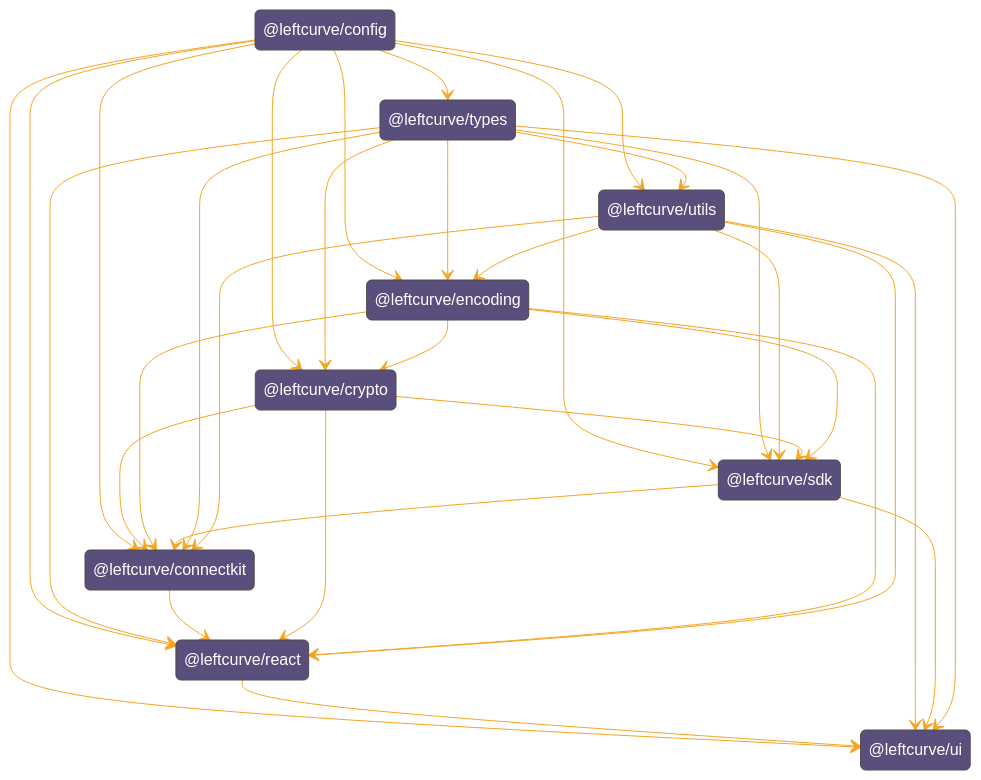
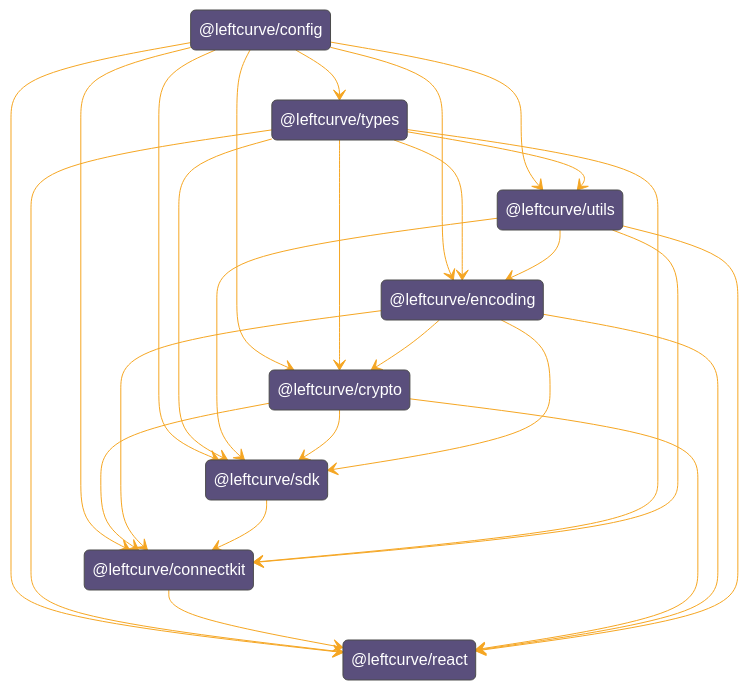
Before and after one commit to left-curve/left-curve: the diagram in grug/sdk/README.md, drawn with Mermaid. The commit also changed other lines of this file and 179 other files, not shown here.

````diff
--- a/grug/sdk/README.md
+++ b/grug/sdk/README.md
@@ -29,40 +22,35 @@
 ```mermaid
 %%{
   init: {
   'theme': 'base',
 	'themeVariables': {"primaryTextColor":"#fff","primaryColor":"#5a4f7c","lineColor":"#f5a623" }
   }
 }%%
 stateDiagram-v2
     @leftcurve/config --> @leftcurve/types
     @leftcurve/config --> @leftcurve/utils
     @leftcurve/types --> @leftcurve/utils
     @leftcurve/config --> @leftcurve/sdk
     @leftcurve/types --> @leftcurve/sdk
     @leftcurve/utils --> @leftcurve/sdk
     @leftcurve/crypto --> @leftcurve/sdk
     @leftcurve/encoding --> @leftcurve/sdk
     @leftcurve/config --> @leftcurve/react
     @leftcurve/types --> @leftcurve/react
     @leftcurve/connectkit --> @leftcurve/react
     @leftcurve/crypto --> @leftcurve/react
     @leftcurve/encoding --> @leftcurve/react
     @leftcurve/utils --> @leftcurve/react
     @leftcurve/config --> @leftcurve/encoding
     @leftcurve/types --> @leftcurve/encoding
     @leftcurve/utils --> @leftcurve/encoding
-    @leftcurve/config --> @leftcurve/ui
-    @leftcurve/react --> @leftcurve/ui
-    @leftcurve/utils --> @leftcurve/ui
-    @leftcurve/sdk --> @leftcurve/ui
-    @leftcurve/types --> @leftcurve/ui
     @leftcurve/config --> @leftcurve/crypto
     @leftcurve/types --> @leftcurve/crypto
     @leftcurve/encoding --> @leftcurve/crypto
     @leftcurve/config --> @leftcurve/connectkit
     @leftcurve/crypto --> @leftcurve/connectkit
     @leftcurve/encoding --> @leftcurve/connectkit
     @leftcurve/sdk --> @leftcurve/connectkit
     @leftcurve/types --> @leftcurve/connectkit
     @leftcurve/utils --> @leftcurve/connectkit
 ```
````
